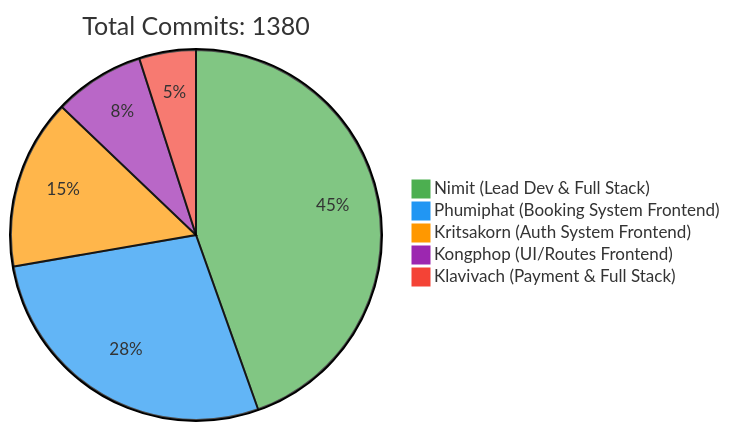
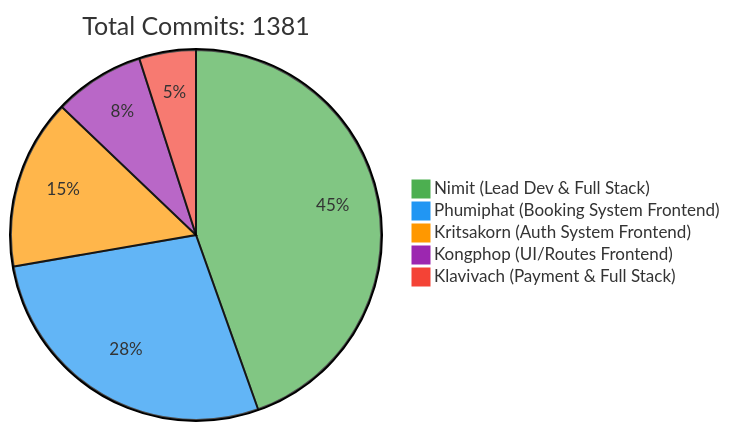
Before and after one commit to 6531503042/Sport-Complex: the first of 2 diagrams in README.md, drawn with Mermaid. The commit also changed other lines of this file, not shown here.

Commit message:
docs: Update contributor statistics [skip ci]

````diff
--- a/README.md
+++ b/README.md
@@ -257,10 +257,10 @@
 ```mermaid
 %%{init: {'theme': 'base', 'themeVariables': { 'pie1': '#4CAF50', 'pie2': '#2196F3', 'pie3': '#FF9800', 'pie4': '#9C27B0', 'pie5': '#F44336'}}}%%
 pie
-    title Total Commits: 1380
+    title Total Commits: 1381
     "Nimit (Lead Dev & Full Stack)" : 450
     "Phumiphat (Booking System Frontend)" : 280
     "Kritsakorn (Auth System Frontend)" : 150
     "Kongphop (UI/Routes Frontend)" : 80
     "Klavivach (Payment & Full Stack)" : 50
 ```
````
